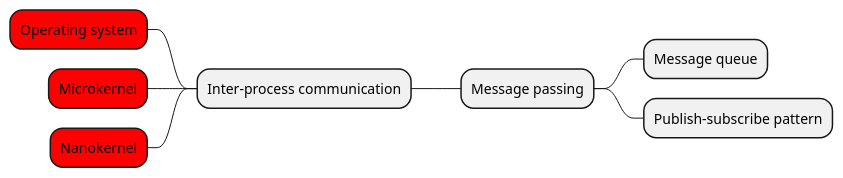
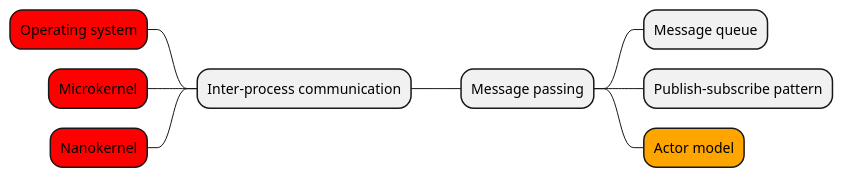
The first of 2 diagrams in programming/embedded/project/message-passing.md (renemoll/wiki), drawn with PlantUML before and after one commit. The commit also changed other lines of this file, not shown here.

````diff
--- a/programming/embedded/project/message-passing.md
+++ b/programming/embedded/project/message-passing.md
@@ -15,11 +15,12 @@
 ```plantuml
 @startmindmap
 + Inter-process communication
 --[#Red] Operating system
 --[#Red] Microkernel
 --[#Red] Nanokernel
 ++ Message passing
 +++ Message queue
 +++ Publish–subscribe pattern
++++[#Orange] Actor model
 @endmindmap
 ```
````
